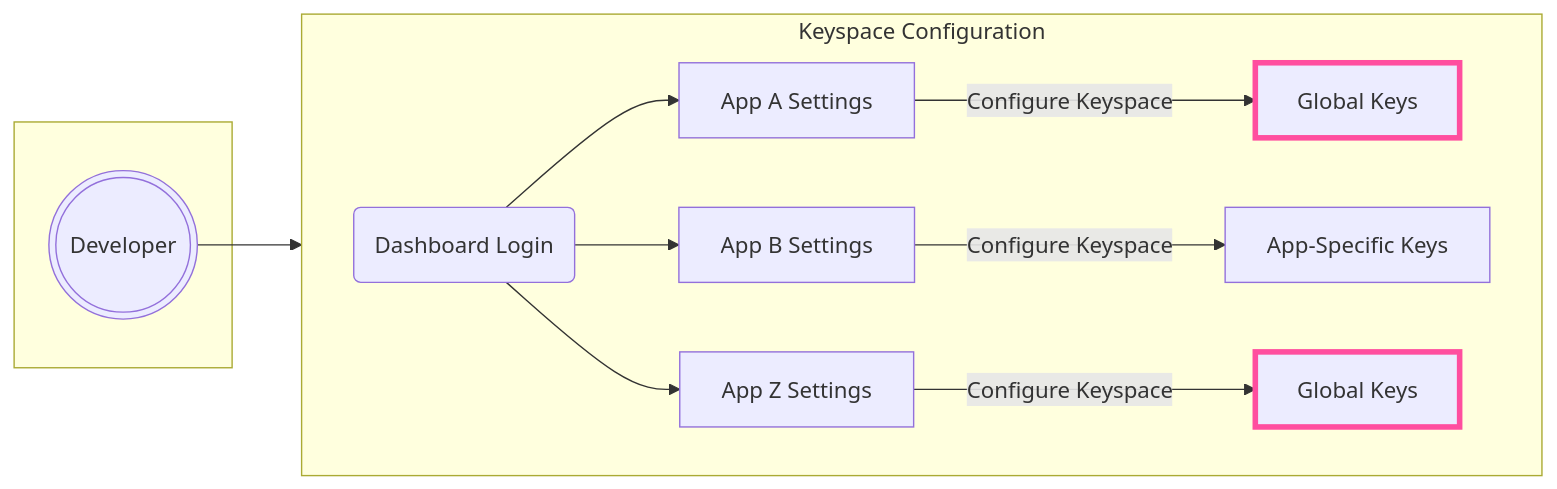
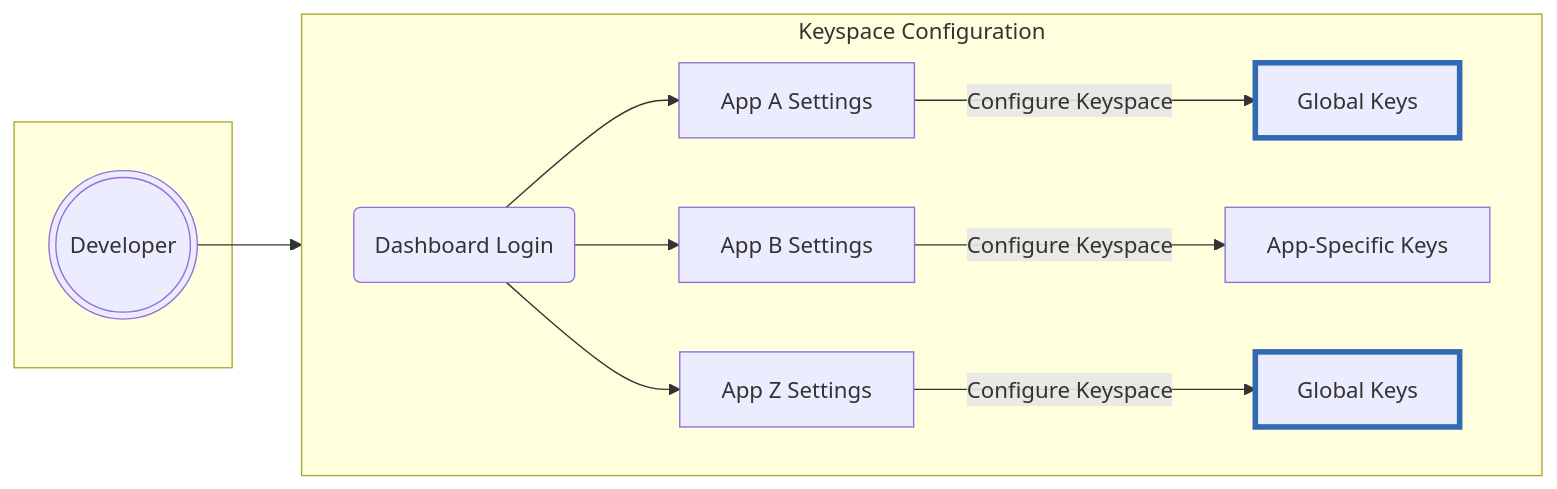
One commit to shaloo/docs.arcana changed the first of 2 diagrams in docs/concepts/keyspace-types.md. Above: the diagram before and after it, drawn with Mermaid. The commit also changed other lines of this file and 79 other files, not shown here.

````diff
--- a/docs/concepts/keyspace-types.md
+++ b/docs/concepts/keyspace-types.md
@@ -23,15 +23,15 @@
 ```mermaid
 flowchart LR 
     subgraph D [ ]
         A1(((Developer))) 
     end
     subgraph KT [Keyspace Configuration]
     direction LR
         A1--> B1(Dashboard Login) --> C1[App A Settings] -- Configure Keyspace --> D1[Global Keys]
         B1 -->C2[App B Settings] -- Configure Keyspace --> D2[App-Specific Keys]
         B1 -->Cz[App Z Settings] -- Configure Keyspace --> Dz[Global Keys]
     end
 
-classDef an-pink stroke:#ff4e9f,stroke-width:0.25rem; 
-class D1,Dz an-pink
+classDef an-highlight stroke:#3169b3,stroke-width:0.25rem; 
+class D1,Dz an-highlight
 ```
````
